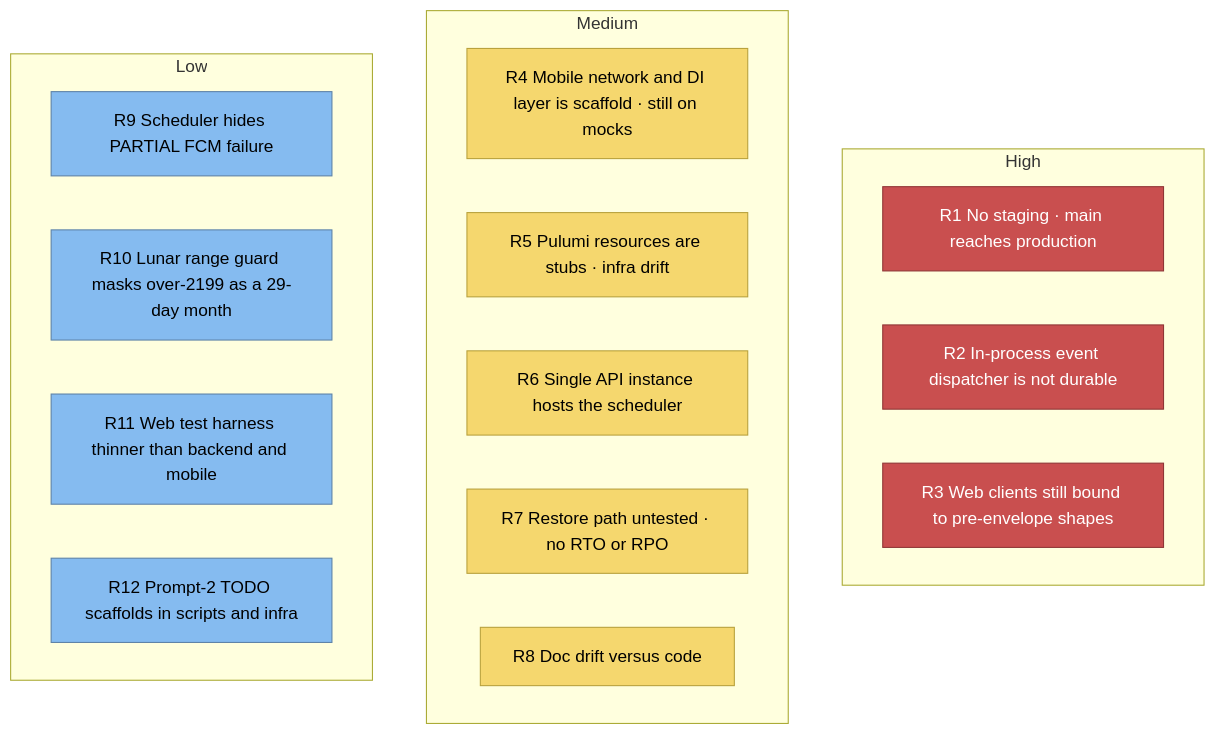
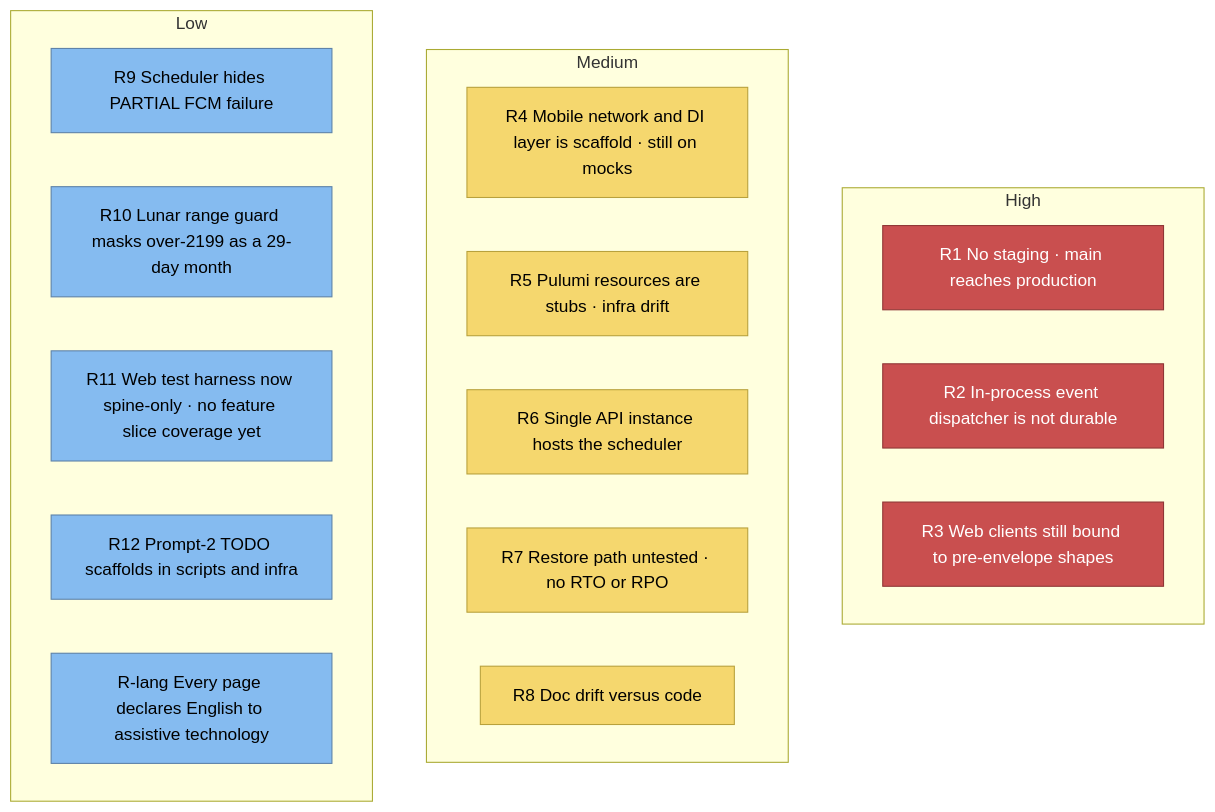
The diagram in docs/sad/11-risks-and-technical-debt.md (namphuongtran/familyroots), drawn with Mermaid before and after one commit. The commit also changed other lines of this file and 3 other files, not shown here.

First line of the commit message:
docs(web): document the spine architecture and refresh the SAD component view

````diff
--- a/docs/sad/11-risks-and-technical-debt.md
+++ b/docs/sad/11-risks-and-technical-debt.md
@@ -5,27 +5,28 @@
 ```mermaid
 graph TB
   subgraph high[High]
     h1[R1 No staging · main reaches production]:::bad
     h2[R2 In-process event dispatcher is not durable]:::bad
     h3[R3 Web clients still bound to pre-envelope shapes]:::bad
   end
 
   subgraph medium[Medium]
     m1[R4 Mobile network and DI layer is scaffold · still on mocks]:::dec
     m2[R5 Pulumi resources are stubs · infra drift]:::dec
     m3[R6 Single API instance hosts the scheduler]:::dec
     m4[R7 Restore path untested · no RTO or RPO]:::dec
     m5[R8 Doc drift versus code]:::dec
   end
 
   subgraph low[Low]
     l1[R9 Scheduler hides PARTIAL FCM failure]:::comp
     l2[R10 Lunar range guard masks over-2199 as a 29-day month]:::comp
-    l3[R11 Web test harness thinner than backend and mobile]:::comp
+    l3[R11 Web test harness now spine-only · no feature slice coverage yet]:::comp
     l4[R12 Prompt-2 TODO scaffolds in scripts and infra]:::comp
+    l5[R-lang Every page declares English to assistive technology]:::comp
   end
 
   classDef comp fill:#85bbf0,stroke:#5d82a8,color:#000000
   classDef dec fill:#f5d76e,stroke:#b8a13c,color:#000000
   classDef bad fill:#c94f4f,stroke:#8f3636,color:#ffffff
 ```
````
